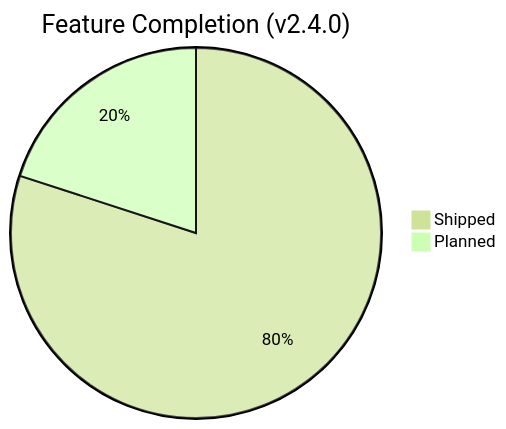
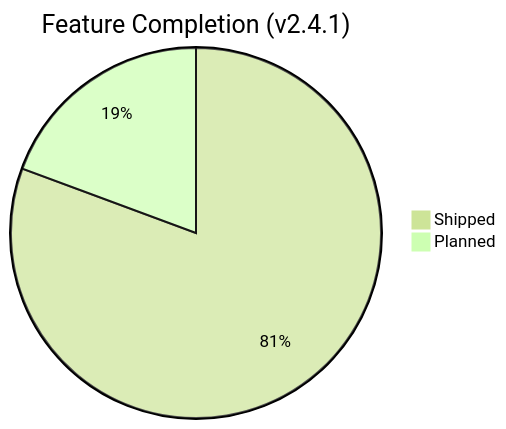
The second of 2 diagrams in README.md (abdullahtalsayed/RMI-Task-Allocator-Project), drawn with Mermaid (forest theme) before and after one commit. The commit also changed other lines of this file, not shown here.

Commit message:
docs: update README — Phase 2 complete, v2.4.1 shipped features

````diff
--- a/README.md
+++ b/README.md
@@ -109,5 +109,5 @@
 ```mermaid
-pie title Feature Completion (v2.4.0)
-    "Shipped" : 24
+pie title Feature Completion (v2.4.1)
+    "Shipped" : 25
     "Planned"  : 6
 ```
````
